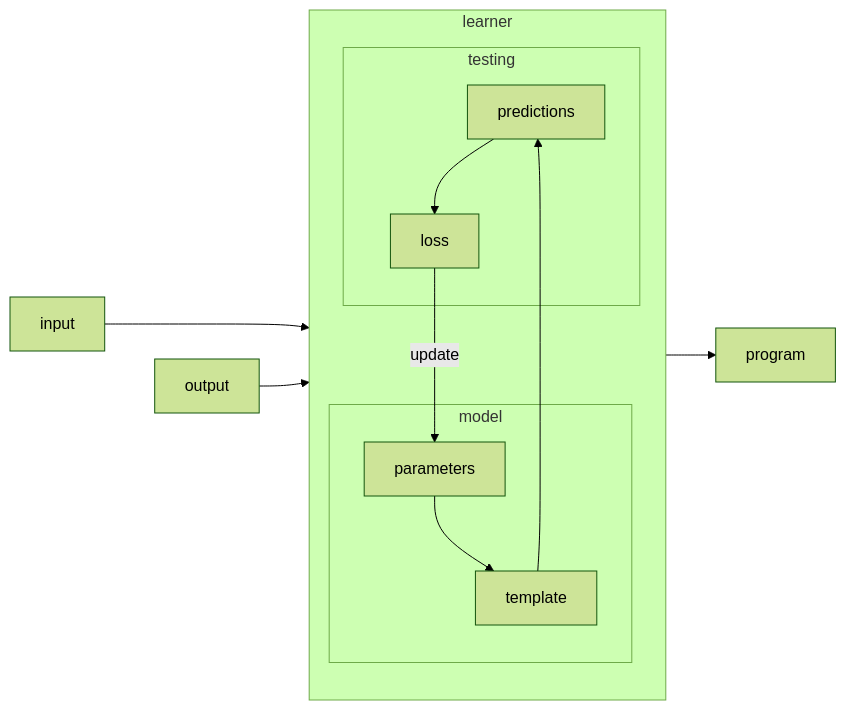
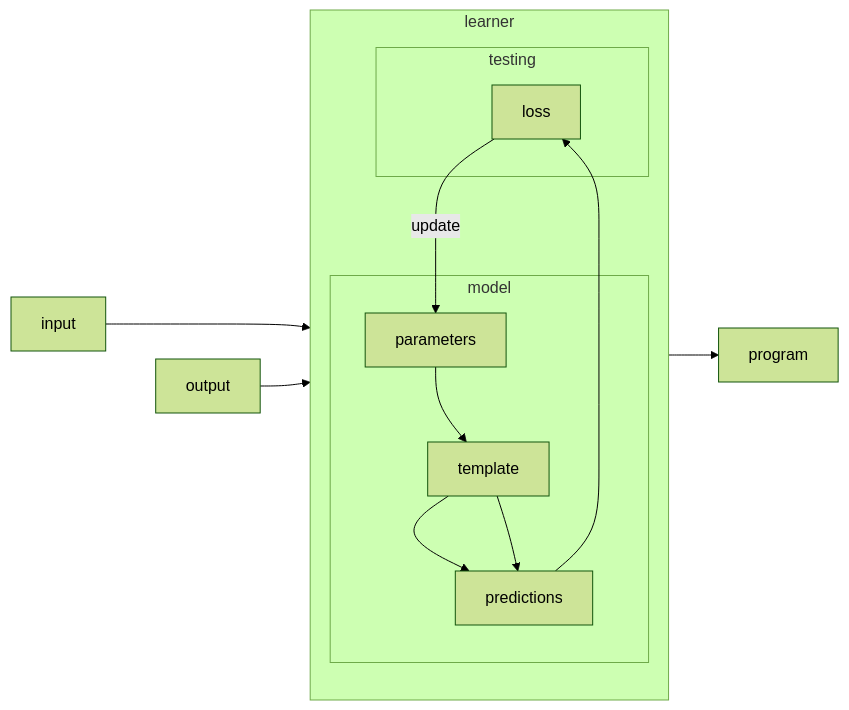
Before and after one commit to nicoladerric/nicoladerric.github.io: the third of 3 diagrams in _posts/2023-08-16-rivoluzione.md, drawn with Mermaid (forest theme).

````diff
--- a/_posts/2023-08-16-rivoluzione.md
+++ b/_posts/2023-08-16-rivoluzione.md
@@ -53,18 +53,18 @@
 ```mermaid
 flowchart LR;
     input ---> template;
     subgraph learner
         direction TB
         model ~~~ testing;
         subgraph model
-        parameters --> template;
+        parameters --> template --> predictions;
         end
         subgraph testing
         template --> predictions;
         predictions --> loss;
         end
         loss --> |update|parameters;
     end
     output --> loss;
     learner --> program
 ```
````
